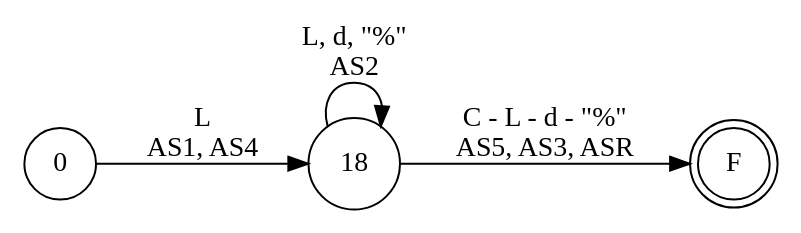
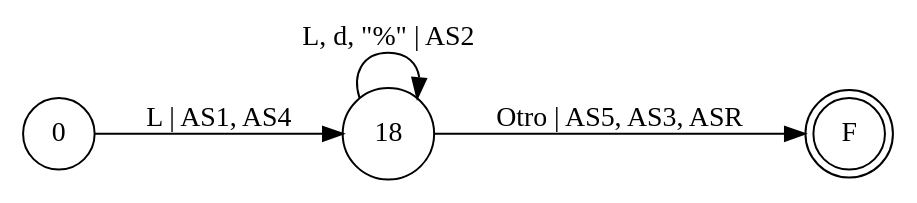
One commit to iroumec/RouVel-Compiler changed the diagram in resources/diagrams/errors/identifier.dot. Above: the diagram before and after it, drawn with Graphviz. The commit also changed 12 other files, not shown here.

Commit message:
Graphs Improved

```diff
--- a/resources/diagrams/errors/identifier.dot
+++ b/resources/diagrams/errors/identifier.dot
@@ -1,10 +1,10 @@
 digraph DFA {
     rankdir = LR;
     node [shape = circle;];
     F [shape = doublecircle;];
     // No hay posible error.
     
-    0 -> 18 [label = "L \n AS1, AS4";];
-    18 -> 18 [label = "L, d, \"%\"\nAS2";];
-    18 -> F [label = "C - L - d - \"%\"\n AS5, AS3, ASR";];
+    0 -> 18 [label = "L | AS1, AS4";];
+    18 -> 18 [label = "L, d, \"%\" | AS2";];
+    18 -> F [label = "Otro | AS5, AS3, ASR";];
 }
```
